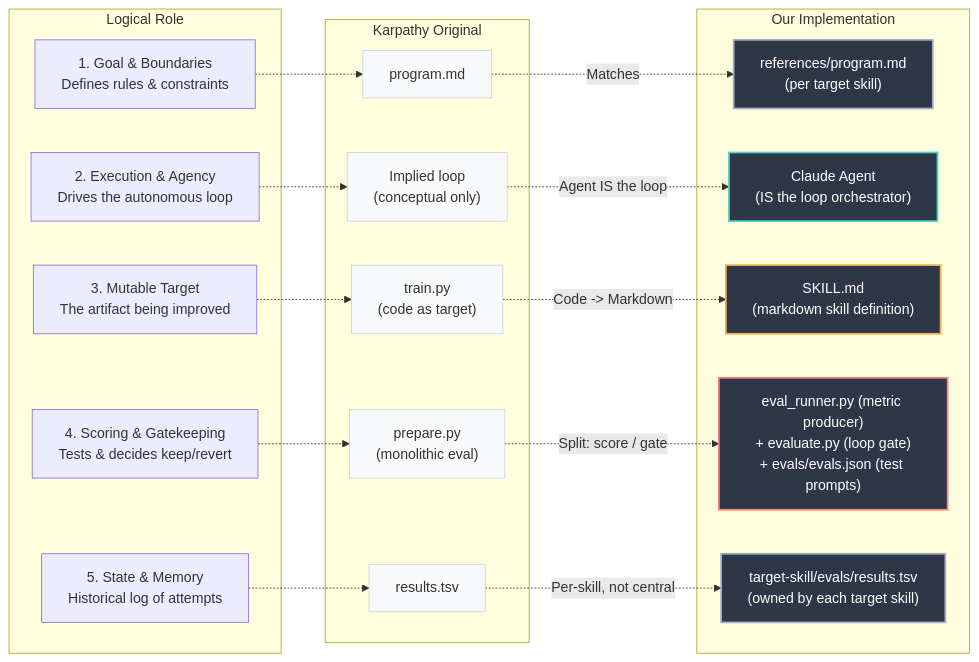
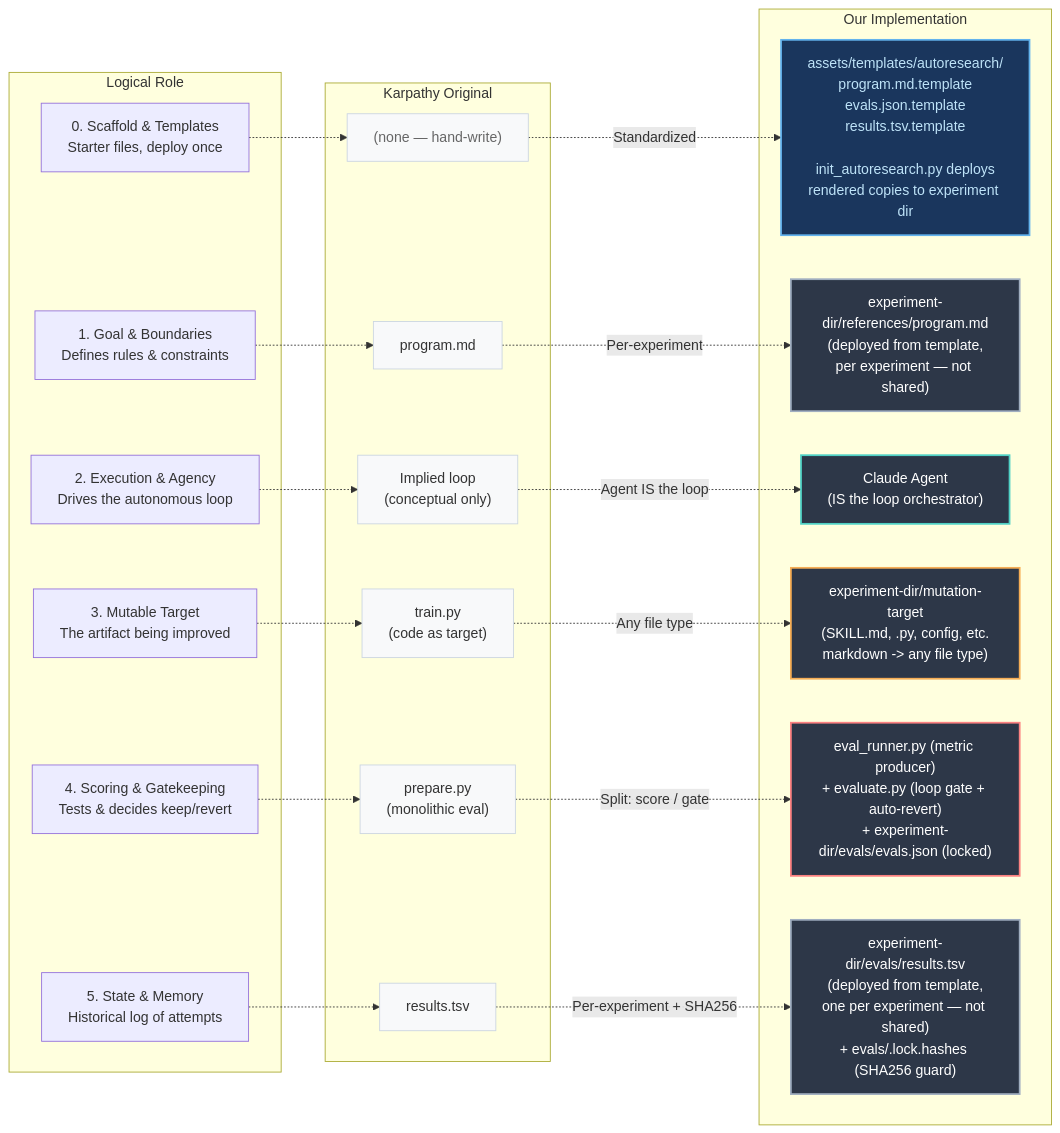
Before and after one commit to richfrem/agent-plugins-skills: the diagram in plugins/agent-agentic-os/skills/skill-improvement-eval/references/diagrams/mapping-karpathy-to-skill-improvement-eval.mmd, drawn with Mermaid. The commit also changed 4 other files, not shown here.

```diff
--- a/plugins/agent-agentic-os/skills/skill-improvement-eval/references/diagrams/mapping-karpathy-to-skill-improvement-eval.mmd
+++ b/plugins/agent-agentic-os/skills/skill-improvement-eval/references/diagrams/mapping-karpathy-to-skill-improvement-eval.mmd
@@ -1,42 +1,48 @@
 graph LR
     subgraph Logical["Logical Role"]
+        F_Scaffold["0. Scaffold & Templates<br/>Starter files, deploy once"]
         F_Spec["1. Goal & Boundaries<br/>Defines rules & constraints"]
         F_Engine["2. Execution & Agency<br/>Drives the autonomous loop"]
         F_Target["3. Mutable Target<br/>The artifact being improved"]
         F_Judge["4. Scoring & Gatekeeping<br/>Tests & decides keep/revert"]
         F_Ledger["5. State & Memory<br/>Historical log of attempts"]
     end
 
     subgraph Karpathy["Karpathy Original"]
+        K_Scaffold["(none — hand-write)"]
         K_Spec["program.md"]
         K_Engine["Implied loop<br/>(conceptual only)"]
         K_Target["train.py<br/>(code as target)"]
         K_Judge["prepare.py<br/>(monolithic eval)"]
         K_Ledger["results.tsv"]
     end
 
     subgraph Ours["Our Implementation"]
-        Y_Spec["references/program.md<br/>(per target skill)"]
+        Y_Scaffold["assets/templates/autoresearch/<br/>program.md.template<br/>evals.json.template<br/>results.tsv.template<br/><br/>init_autoresearch.py deploys<br/>rendered copies to experiment dir"]
+        Y_Spec["experiment-dir/references/program.md<br/>(deployed from template,<br/>per experiment — not shared)"]
         Y_Engine["Claude Agent<br/>(IS the loop orchestrator)"]
-        Y_Target["SKILL.md<br/>(markdown skill definition)"]
-        Y_Judge["eval_runner.py (metric producer)<br/>+ evaluate.py (loop gate)<br/>+ evals/evals.json (test prompts)"]
-        Y_Ledger["target-skill/evals/results.tsv<br/>(owned by each target skill)"]
+        Y_Target["experiment-dir/mutation-target<br/>(SKILL.md, .py, config, etc.<br/>markdown -> any file type)"]
+        Y_Judge["eval_runner.py (metric producer)<br/>+ evaluate.py (loop gate + auto-revert)<br/>+ experiment-dir/evals/evals.json (locked)"]
+        Y_Ledger["experiment-dir/evals/results.tsv<br/>(deployed from template,<br/>one per experiment — not shared)<br/>+ evals/.lock.hashes (SHA256 guard)"]
     end
 
-    F_Spec    -.->|" "| K_Spec    -.->|"Matches"| Y_Spec
-    F_Engine  -.->|" "| K_Engine  -.->|"Agent IS the loop"| Y_Engine
-    F_Target  -.->|" "| K_Target  -.->|"Code -> Markdown"| Y_Target
-    F_Judge   -.->|" "| K_Judge   -.->|"Split: score / gate"| Y_Judge
-    F_Ledger  -.->|" "| K_Ledger  -.->|"Per-skill, not central"| Y_Ledger
+    F_Scaffold -.->|" "| K_Scaffold -.->|"Standardized"| Y_Scaffold
+    F_Spec     -.->|" "| K_Spec     -.->|"Per-experiment"| Y_Spec
+    F_Engine   -.->|" "| K_Engine   -.->|"Agent IS the loop"| Y_Engine
+    F_Target   -.->|" "| K_Target   -.->|"Any file type"| Y_Target
+    F_Judge    -.->|" "| K_Judge    -.->|"Split: score / gate"| Y_Judge
+    F_Ledger   -.->|" "| K_Ledger   -.->|"Per-experiment + SHA256"| Y_Ledger
 
-    style Y_Engine fill:#2d3748,stroke:#4fd1c5,stroke-width:2px,color:#fff
-    style Y_Target fill:#2d3748,stroke:#f6ad55,stroke-width:2px,color:#fff
-    style Y_Judge  fill:#2d3748,stroke:#fc8181,stroke-width:2px,color:#fff
-    style Y_Spec   fill:#2d3748,stroke:#a0aec0,stroke-width:2px,color:#fff
-    style Y_Ledger fill:#2d3748,stroke:#a0aec0,stroke-width:2px,color:#fff
+    style Y_Scaffold fill:#1a365d,stroke:#63b3ed,stroke-width:2px,color:#bee3f8
+    style Y_Engine   fill:#2d3748,stroke:#4fd1c5,stroke-width:2px,color:#fff
+    style Y_Target   fill:#2d3748,stroke:#f6ad55,stroke-width:2px,color:#fff
+    style Y_Judge    fill:#2d3748,stroke:#fc8181,stroke-width:2px,color:#fff
+    style Y_Spec     fill:#2d3748,stroke:#a0aec0,stroke-width:2px,color:#fff
+    style Y_Ledger   fill:#2d3748,stroke:#a0aec0,stroke-width:2px,color:#fff
 
-    style K_Spec   fill:#f8f9fa,stroke:#cbd5e1,stroke-width:1px
-    style K_Engine fill:#f8f9fa,stroke:#cbd5e1,stroke-width:1px
-    style K_Target fill:#f8f9fa,stroke:#cbd5e1,stroke-width:1px
-    style K_Judge  fill:#f8f9fa,stroke:#cbd5e1,stroke-width:1px
-    style K_Ledger fill:#f8f9fa,stroke:#cbd5e1,stroke-width:1px
+    style K_Scaffold fill:#f8f9fa,stroke:#cbd5e1,stroke-width:1px,color:#666
+    style K_Spec     fill:#f8f9fa,stroke:#cbd5e1,stroke-width:1px
+    style K_Engine   fill:#f8f9fa,stroke:#cbd5e1,stroke-width:1px
+    style K_Target   fill:#f8f9fa,stroke:#cbd5e1,stroke-width:1px
+    style K_Judge    fill:#f8f9fa,stroke:#cbd5e1,stroke-width:1px
+    style K_Ledger   fill:#f8f9fa,stroke:#cbd5e1,stroke-width:1px
```
